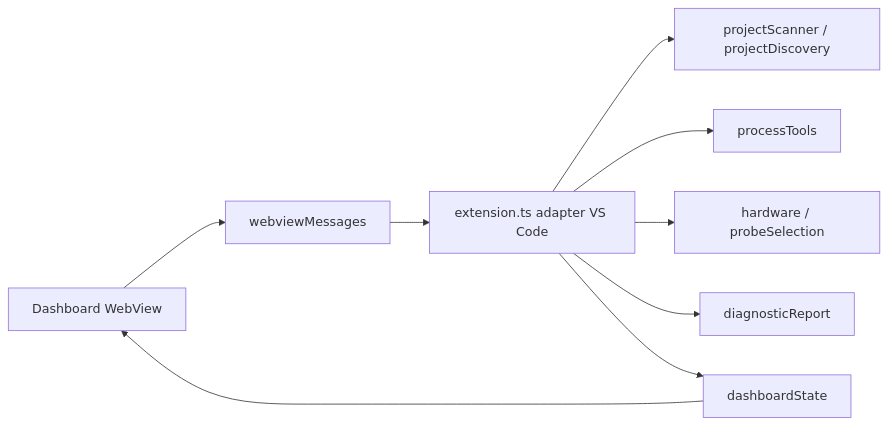
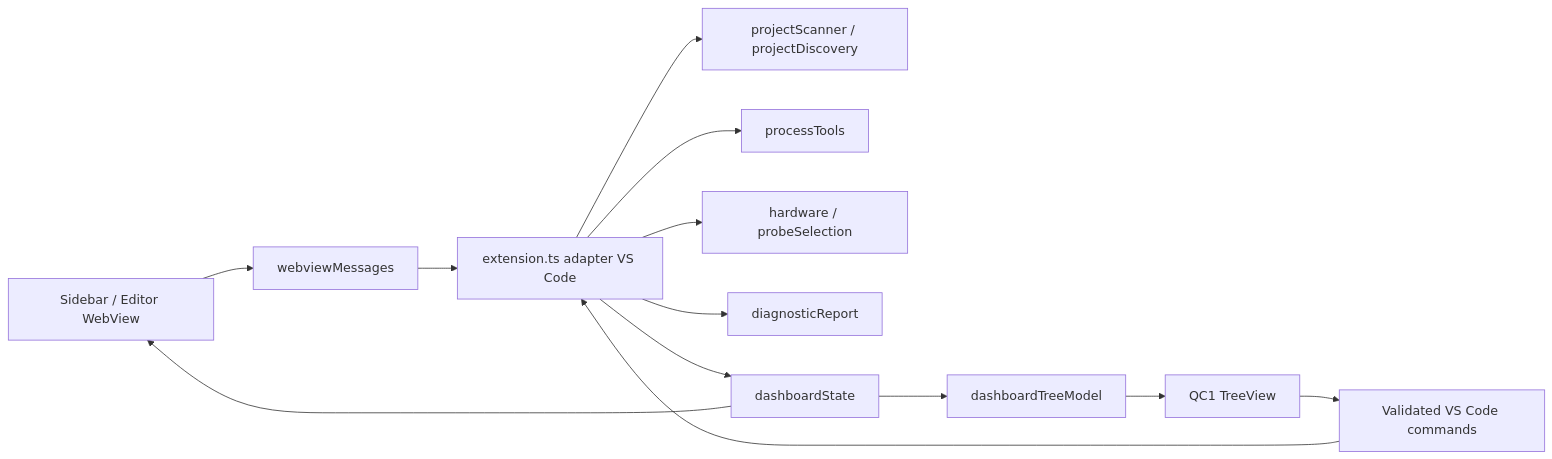
Before and after one commit to mistral400/qc1-stm32-tools: the diagram in qc1-vscode/docs/ARCHITECTURE.md, drawn with Mermaid. The commit also changed other lines of this file and 17 other files, not shown here.

Commit message:
feat(qc1): add hybrid explorer and editor dashboard for 0.4.6

````diff
--- a/qc1-vscode/docs/ARCHITECTURE.md
+++ b/qc1-vscode/docs/ARCHITECTURE.md
@@ -5,11 +5,15 @@
 ```mermaid
 flowchart LR
-  UI[Dashboard WebView] --> BRIDGE[webviewMessages]
+  UI[Sidebar / Editor WebView] --> BRIDGE[webviewMessages]
   BRIDGE --> HOST[extension.ts adapter VS Code]
+  TREE[QC1 TreeView] --> TREECMD[Validated VS Code commands]
+  TREECMD --> HOST
   HOST --> PROJECT[projectScanner / projectDiscovery]
   HOST --> PROCESS[processTools]
   HOST --> HW[hardware / probeSelection]
   HOST --> REPORT[diagnosticReport]
   HOST --> STATE[dashboardState]
   STATE --> UI
+  STATE --> TREEMODEL[dashboardTreeModel]
+  TREEMODEL --> TREE
 ```
````
